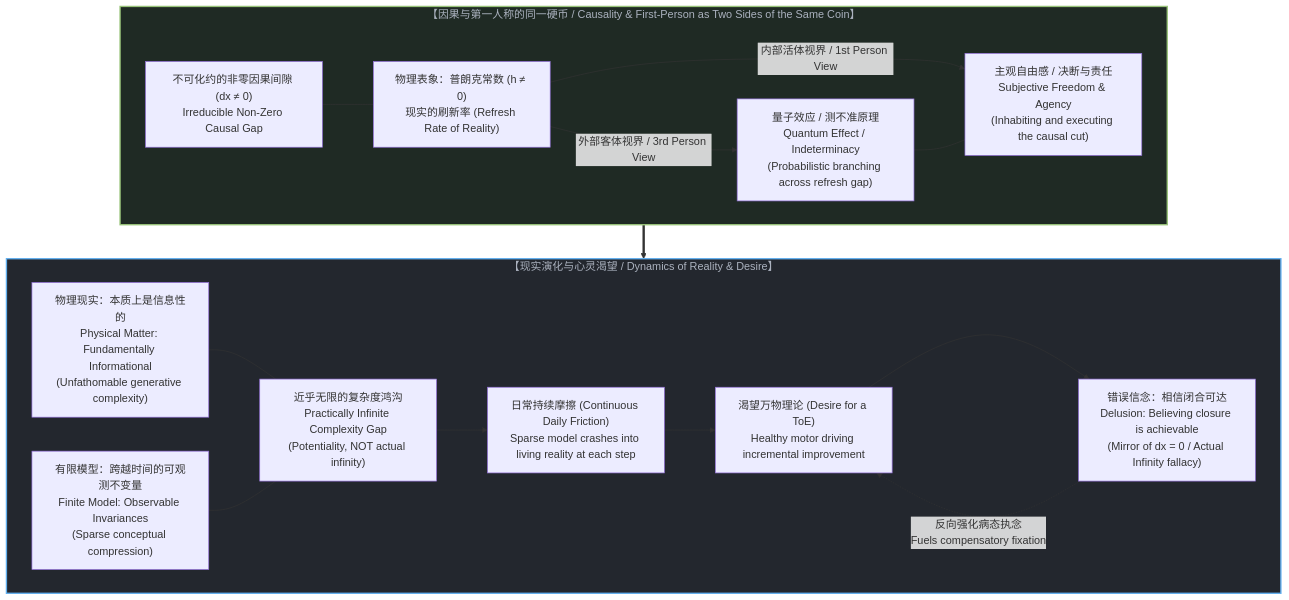
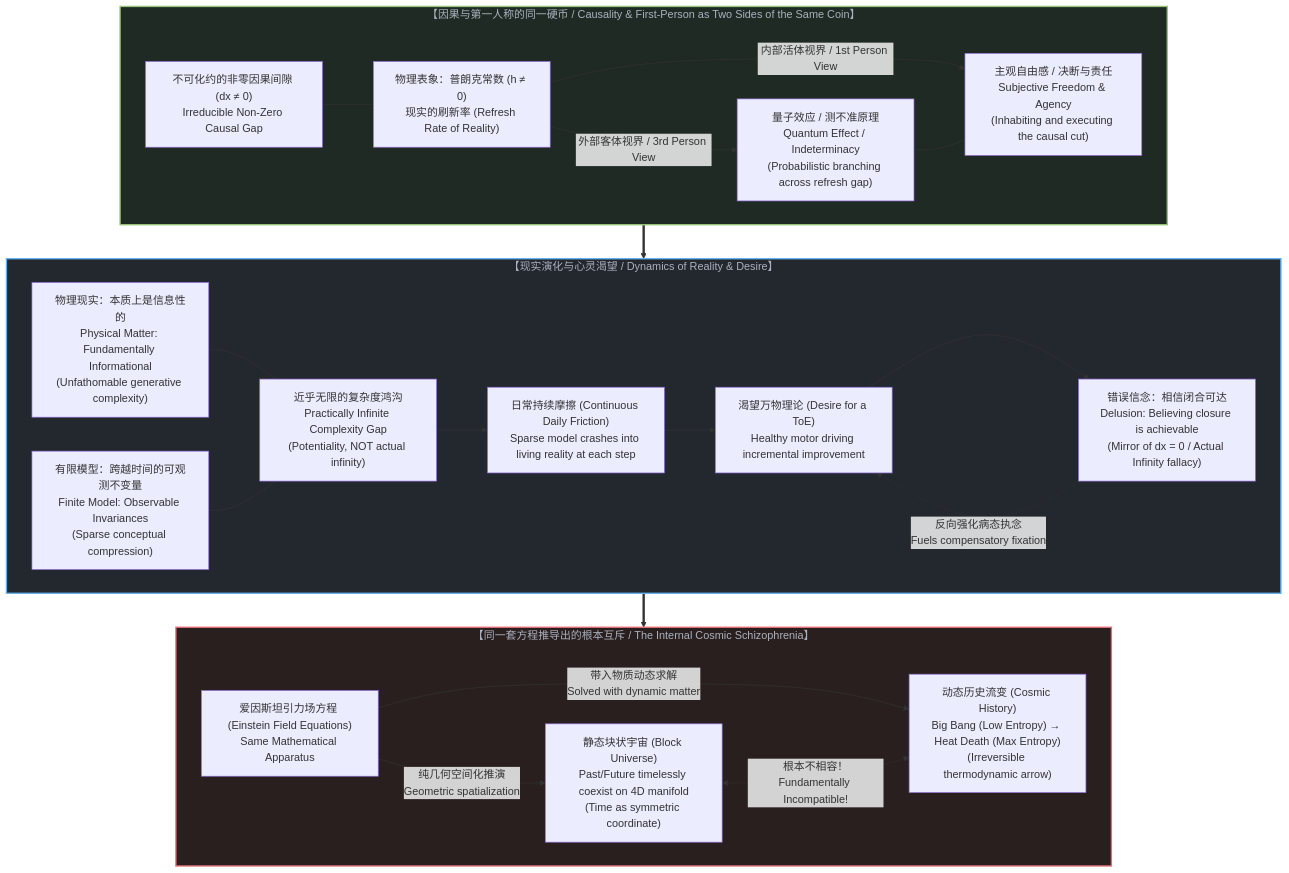
One commit to powerpig99/not-a-toe changed the diagram in content/posts/demanding-a-toe-freezes-time-into-a-catalog.md. Above: the diagram before and after it, drawn with Mermaid. The commit also changed other lines of this file and 3 other files, not shown here.

Commit message:
feat: integrate Big Bang and Heat Death incompatibility with Block Universe into ToE critique

````diff
--- a/content/posts/demanding-a-toe-freezes-time-into-a-catalog.md
+++ b/content/posts/demanding-a-toe-freezes-time-into-a-catalog.md
@@ -538,38 +567,50 @@
 ```mermaid
 graph TD
     subgraph GrandCoherence["【因果与第一人称的同一硬币 / Causality & First-Person as Two Sides of the Same Coin】"]
         Cut["不可化约的非零因果间隙 (dx ≠ 0)<br>Irreducible Non-Zero Causal Gap"]
         Planck["物理表象：普朗克常数 (h ≠ 0)<br>现实的刷新率 (Refresh Rate of Reality)"]
         
         Cut --- Planck
         
         Planck -->|"外部客体视界 / 3rd Person View"| Quantum["量子效应 / 测不准原理<br>Quantum Effect / Indeterminacy<br>(Probabilistic branching across refresh gap)"]
         Planck -->|"内部活体视界 / 1st Person View"| Freedom["主观自由感 / 决断与责任<br>Subjective Freedom & Agency<br>(Inhabiting and executing the causal cut)"]
         
         Quantum --- Freedom
     end
 
     subgraph Dynamics["【现实演化与心灵渴望 / Dynamics of Reality & Desire】"]
         Reality["物理现实：本质上是信息性的<br>Physical Matter: Fundamentally Informational<br>(Unfathomable generative complexity)"]
         Model["有限模型：跨越时间的可观测不变量<br>Finite Model: Observable Invariances<br>(Sparse conceptual compression)"]
         
         Gap["近乎无限的复杂度鸿沟<br>Practically Infinite Complexity Gap<br>(Potentiality, NOT actual infinity)"]
         Reality --- Gap
         Model --- Gap
         
         Friction["日常持续摩擦 (Continuous Daily Friction)<br>Sparse model crashes into living reality at each step"]
         Gap --> Friction
         
         Desire["渴望万物理论 (Desire for a ToE)<br>Healthy motor driving incremental improvement"]
         Belief["错误信念：相信闭合可达<br>Delusion: Believing closure is achievable<br>(Mirror of dx = 0 / Actual Infinity fallacy)"]
         
         Friction --> Desire
         Desire --> Belief
         Belief -. "反向强化病态执念<br>Fuels compensatory fixation" .-> Desire
     end
 
+    subgraph Schizophrenia["【同一套方程推导出的根本互斥 / The Internal Cosmic Schizophrenia】"]
+        FieldEq["爱因斯坦引力场方程 (Einstein Field Equations)<br>Same Mathematical Apparatus"]
+        Block["静态块状宇宙 (Block Universe)<br>Past/Future timelessly coexist on 4D manifold<br>(Time as symmetric coordinate)"]
+        History["动态历史流变 (Cosmic History)<br>Big Bang (Low Entropy) → Heat Death (Max Entropy)<br>(Irreversible thermodynamic arrow)"]
+        
+        FieldEq -->|"纯几何空间化推演<br>Geometric spatialization"| Block
+        FieldEq -->|"带入物质动态求解<br>Solved with dynamic matter"| History
+        Block <-. "根本不相容！<br>Fundamentally Incompatible!" .-> History
+    end
+
     GrandCoherence ==> Dynamics
+    Dynamics ==> Schizophrenia
 
     style GrandCoherence fill:#1f2a24,stroke:#98c379,stroke-width:2px,color:#abb2bf
     style Dynamics fill:#23272e,stroke:#61afef,stroke-width:2px,color:#abb2bf
+    style Schizophrenia fill:#2a1f1f,stroke:#e06c75,stroke-width:2px,color:#abb2bf
 ```
````
